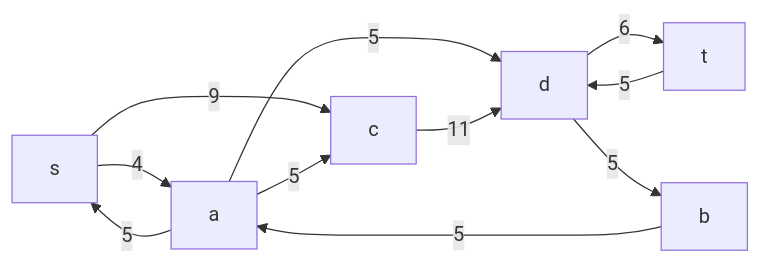
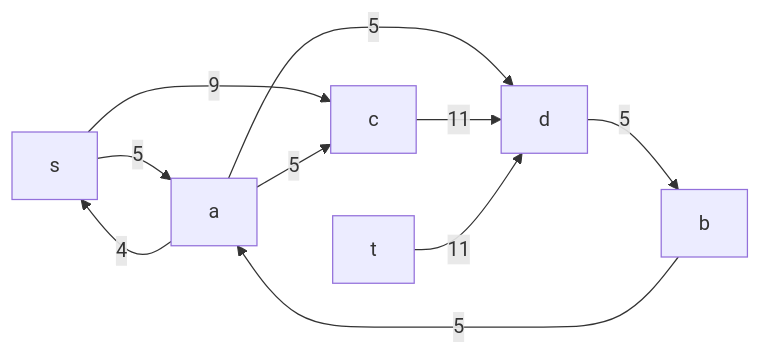
The second of 8 diagrams in task-10/python-gang.md (hse-algo-24-crow/manual-tasks-crow), drawn with Mermaid before and after one commit. The commit also changed other lines of this file, not shown here.

````diff
--- a/task-10/python-gang.md
+++ b/task-10/python-gang.md
@@ -38,13 +38,12 @@
 ```mermaid
 graph LR
-    s -- "4" --> a
+    s -- "5" --> a
     s -- "9" --> c
     a -- "5" --> d
     a -- "5" --> c
     c -- "11" --> d
-    d -- "6" --> t
-    a -- "5" --> s
+    a -- "4" --> s
     b -- "5" --> a
     d -- "5" --> b
-    t -- "5" --> d
+    t -- "11" --> d
 ```
````
